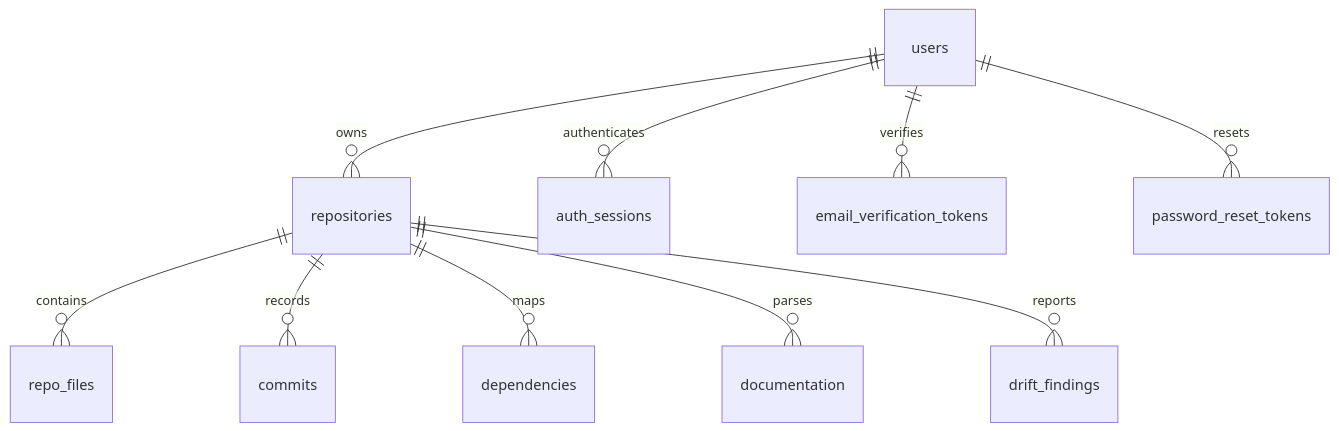
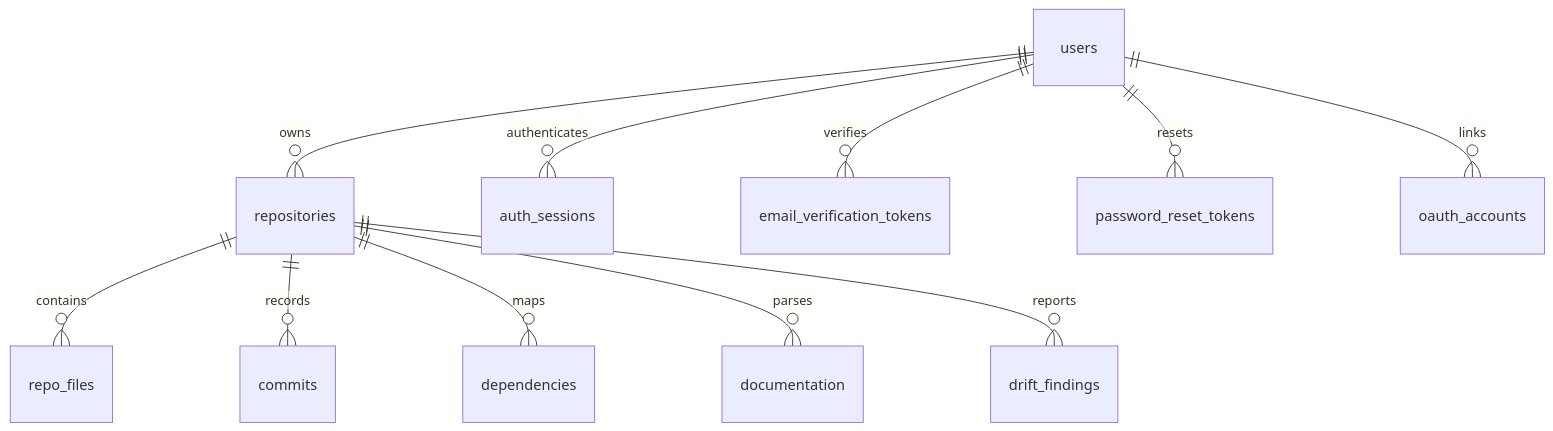
The diagram in docs/database/DATABASE.md (zs0c131y/CodePulse), drawn with Mermaid before and after one commit. The commit also changed other lines of this file and 15 other files, not shown here.

````diff
--- a/docs/database/DATABASE.md
+++ b/docs/database/DATABASE.md
@@ -25,12 +25,13 @@
 ```mermaid
 erDiagram
     users ||--o{ repositories : owns
     users ||--o{ auth_sessions : authenticates
     users ||--o{ email_verification_tokens : verifies
     users ||--o{ password_reset_tokens : resets
+    users ||--o{ oauth_accounts : links
     repositories ||--o{ repo_files : contains
     repositories ||--o{ commits : records
     repositories ||--o{ dependencies : maps
     repositories ||--o{ documentation : parses
     repositories ||--o{ drift_findings : reports
 ```
````
